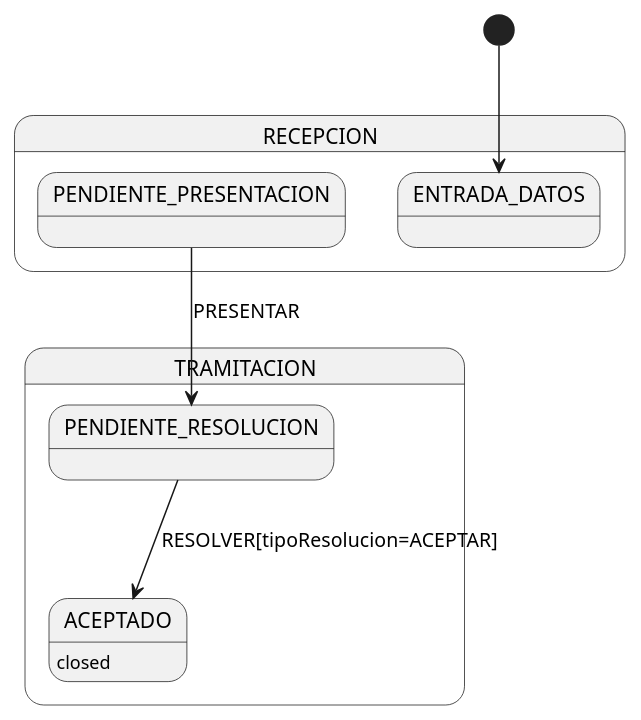
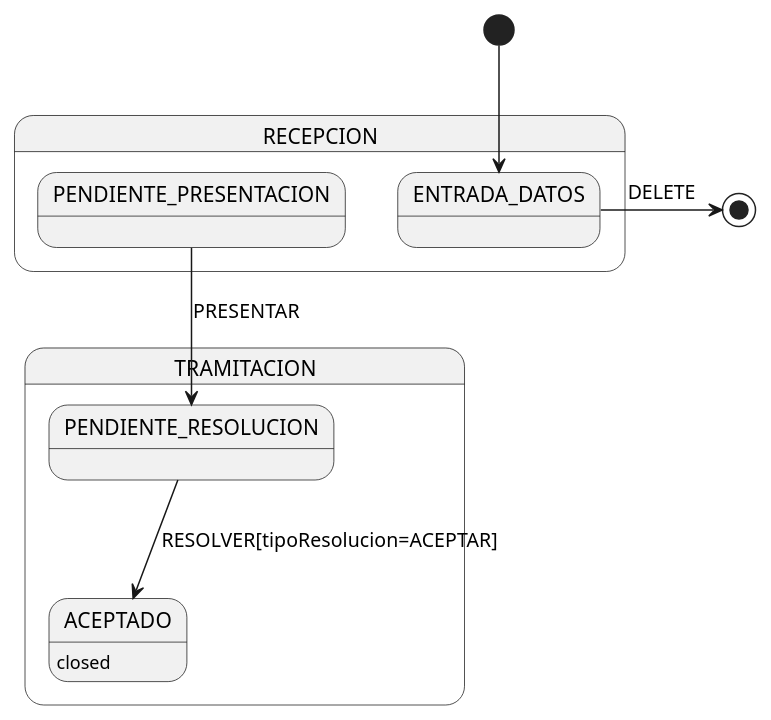
The diagram in .claude/skills/k-tipo-expediente/SKILL.md (educaflow/secretaria-virtual), drawn with PlantUML before and after one commit. The commit also changed other lines of this file and 16 other files, not shown here.

````diff
--- a/.claude/skills/k-tipo-expediente/SKILL.md
+++ b/.claude/skills/k-tipo-expediente/SKILL.md
@@ -289,14 +244,15 @@
 ```plantuml
 state RECEPCION {
     state "ENTRADA_DATOS" as RECEPCION_ENTRADA_DATOS
     state "PENDIENTE_PRESENTACION" as RECEPCION_PENDIENTE_PRESENTACION
 }
 state TRAMITACION {
     state "PENDIENTE_RESOLUCION" as TRAMITACION_PENDIENTE_RESOLUCION
     state "ACEPTADO" as TRAMITACION_ACEPTADO
 }
 [*] --> RECEPCION_ENTRADA_DATOS
+RECEPCION_ENTRADA_DATOS -> [*] : DELETE
 RECEPCION_PENDIENTE_PRESENTACION --> TRAMITACION_PENDIENTE_RESOLUCION : PRESENTAR
 TRAMITACION_PENDIENTE_RESOLUCION --> TRAMITACION_ACEPTADO : RESOLVER[tipoResolucion=ACEPTAR]
 TRAMITACION_ACEPTADO : closed
 ```
````
